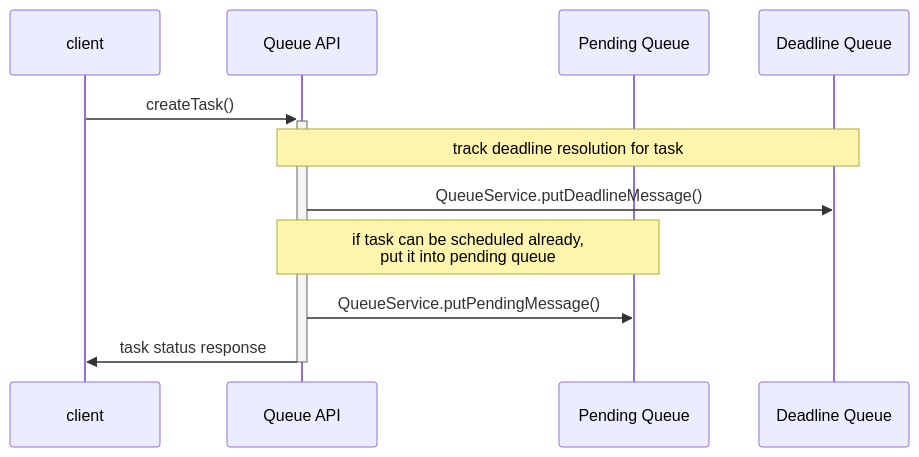
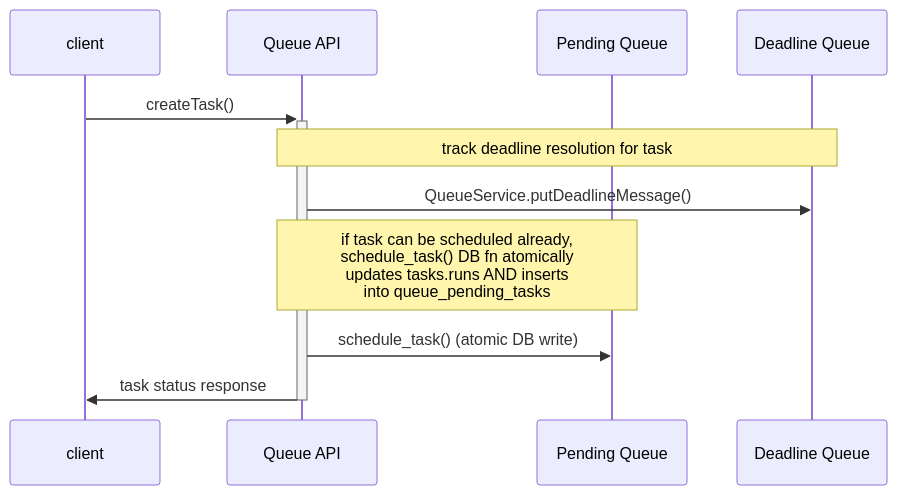
The first of 3 diagrams in services/queue/README.md (petemoore/taskcluster), drawn with Mermaid before and after one commit. The commit also changed other lines of this file and 1607 other files, not shown here.

````diff
--- a/services/queue/README.md
+++ b/services/queue/README.md
@@ -38,15 +40,15 @@
 ```mermaid
 sequenceDiagram
   participant client
   participant queue as Queue API
   participant pendingQueue as Pending Queue
   participant deadlineQueue as Deadline Queue
 
   client->>+queue: createTask()
   note over queue,deadlineQueue: track deadline resolution for task
   queue->>deadlineQueue: QueueService.putDeadlineMessage()
-  note over queue,pendingQueue: if task can be scheduled already,<br> put it into pending queue
-  queue->>pendingQueue: QueueService.putPendingMessage()
+  note over queue,pendingQueue: if task can be scheduled already,<br> schedule_task() DB fn atomically<br> updates tasks.runs AND inserts<br> into queue_pending_tasks
+  queue->>pendingQueue: schedule_task() (atomic DB write)
 
   queue->>-client: task status response
 ```
````
